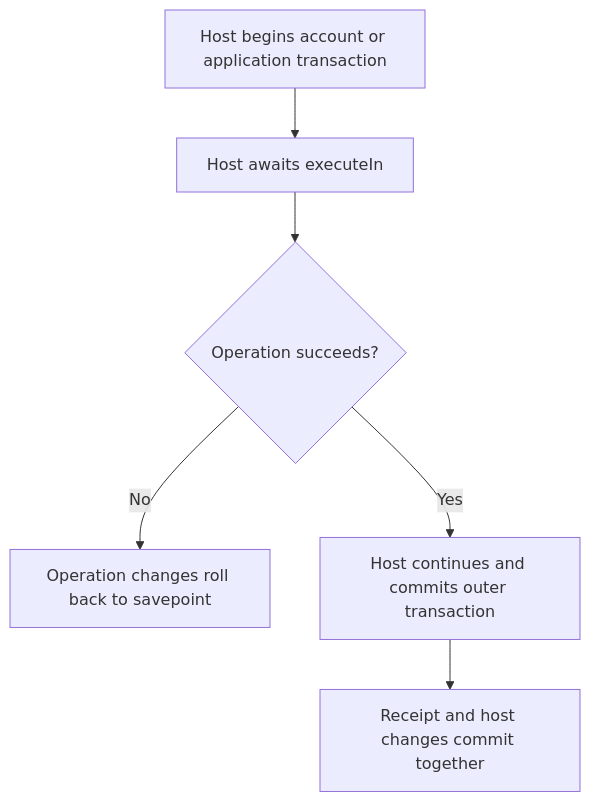
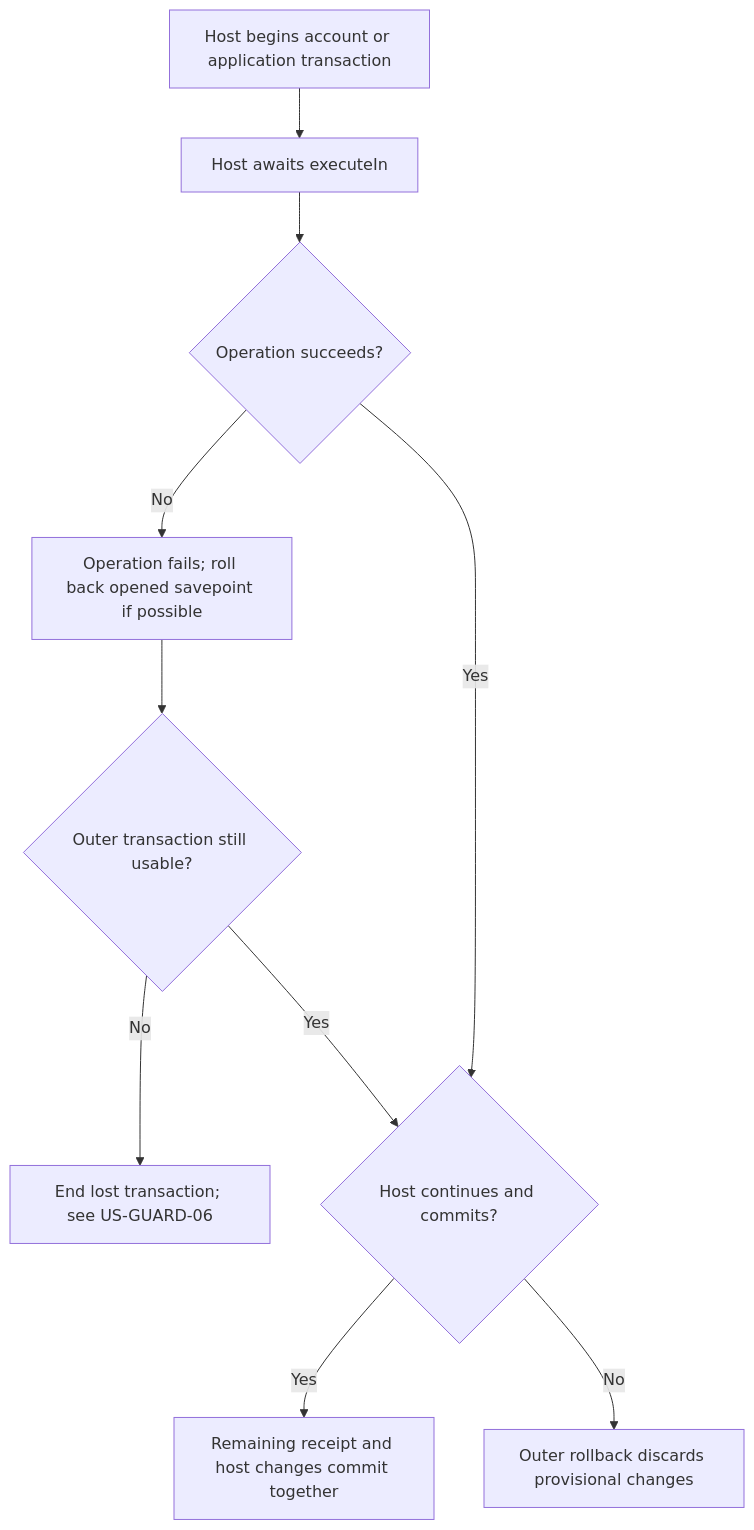
Before and after one commit to Kevinjohn/oss-adonisjs-duplicate-request-guard: the first of 2 diagrams in user-stories/US-GUARD-02-compose-transaction.md, drawn with Mermaid. The commit also changed other lines of this file and 9 other files, not shown here.

````diff
--- a/user-stories/US-GUARD-02-compose-transaction.md
+++ b/user-stories/US-GUARD-02-compose-transaction.md
@@ -24,8 +26,12 @@
 ```mermaid
 flowchart TD
     A["Host begins account or application transaction"] --> B["Host awaits executeIn"]
     B --> C{"Operation succeeds?"}
-    C -->|No| D["Operation changes roll back to savepoint"]
-    C -->|Yes| E["Host continues and commits outer transaction"]
-    E --> F["Receipt and host changes commit together"]
+    C -->|No| D["Operation fails; roll back opened savepoint if possible"]
+    D --> G{"Outer transaction still usable?"}
+    G -->|No| H["End lost transaction; see US-GUARD-06"]
+    G -->|Yes| E{"Host continues and commits?"}
+    C -->|Yes| E
+    E -->|Yes| F["Remaining receipt and host changes commit together"]
+    E -->|No| I["Outer rollback discards provisional changes"]
 ```
````
